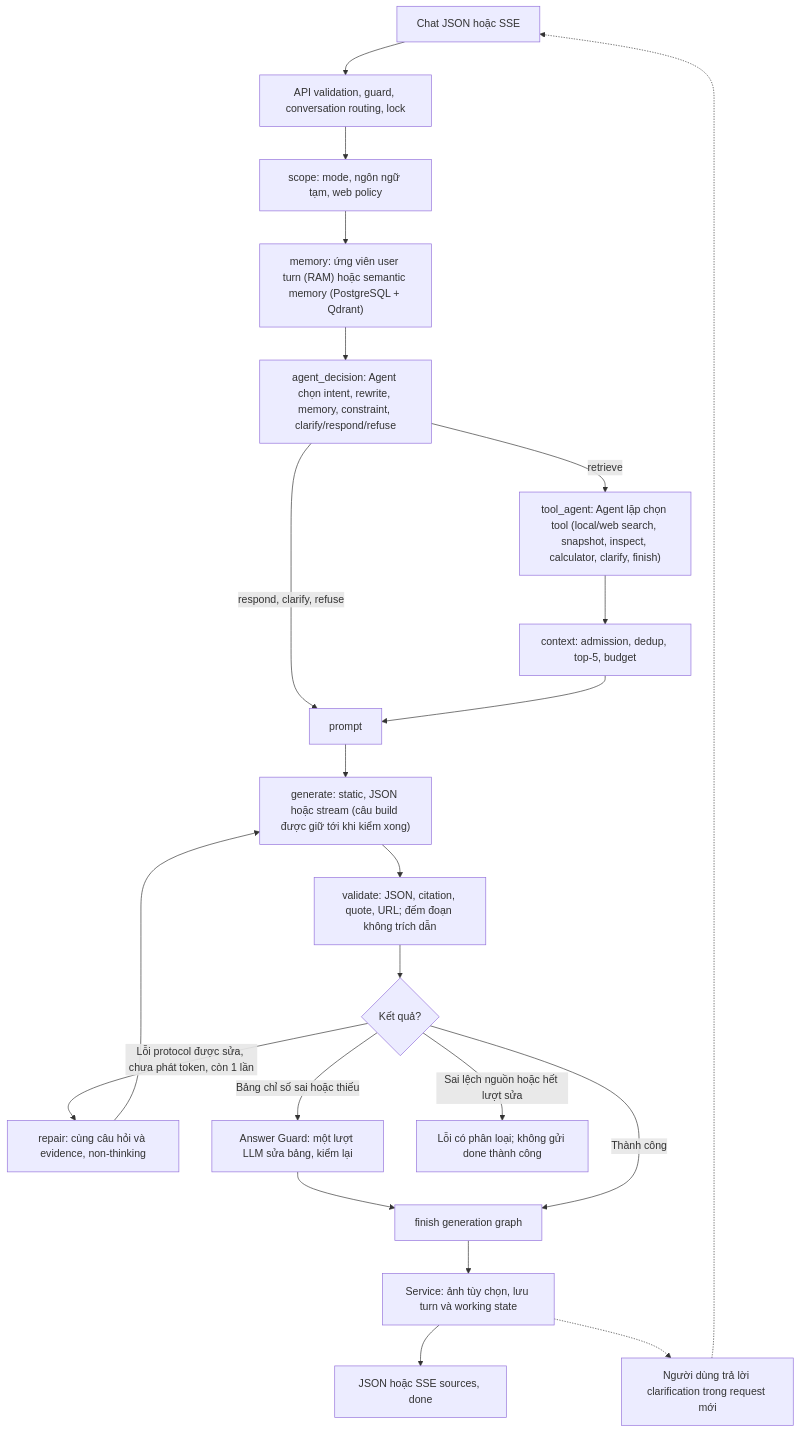
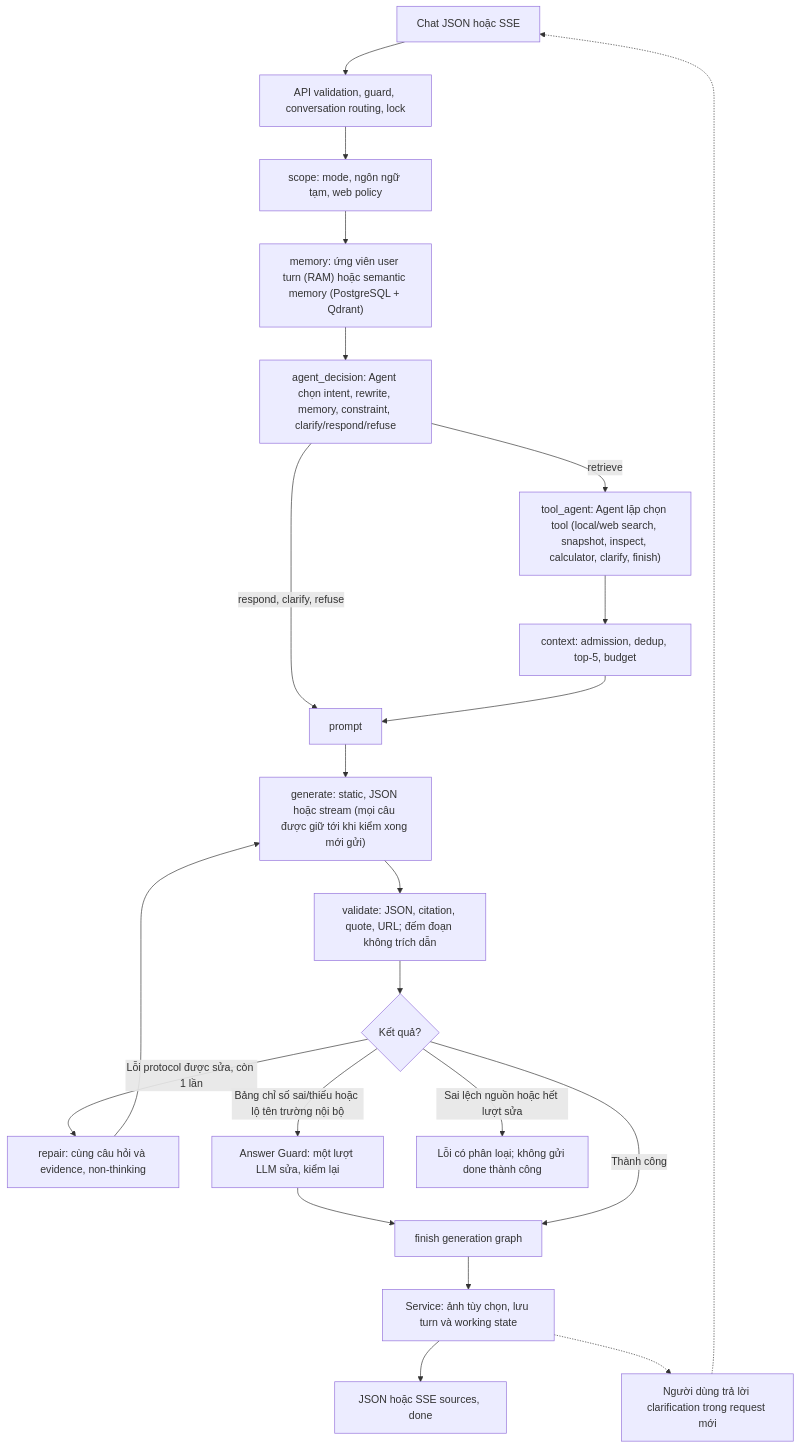
Before and after one commit to HoanBuCon/Index-Beast: the diagram in docs/api/langgraph-memory.md, drawn with Mermaid. The commit also changed other lines of this file and 20 other files, not shown here.

````diff
--- a/docs/api/langgraph-memory.md
+++ b/docs/api/langgraph-memory.md
@@ -23,24 +23,24 @@
 ```mermaid
 graph TD
     A["Chat JSON hoặc SSE"] --> B["API validation, guard, conversation routing, lock"]
     B --> S["scope: mode, ngôn ngữ tạm, web policy"]
     S --> M["memory: ứng viên user turn (RAM) hoặc semantic memory (PostgreSQL + Qdrant)"]
     M --> D["agent_decision: Agent chọn intent, rewrite, memory, constraint, clarify/respond/refuse"]
     D -->|"respond, clarify, refuse"| P["prompt"]
     D -->|"retrieve"| T["tool_agent: Agent lặp chọn tool (local/web search, snapshot, inspect, calculator, clarify, finish)"]
     T --> X["context: admission, dedup, top-5, budget"]
     X --> P
-    P --> E["generate: static, JSON hoặc stream (câu build được giữ tới khi kiểm xong)"]
+    P --> E["generate: static, JSON hoặc stream (mọi câu được giữ tới khi kiểm xong mới gửi)"]
     E --> V["validate: JSON, citation, quote, URL; đếm đoạn không trích dẫn"]
     V --> VQ{"Kết quả?"}
-    VQ -->|"Lỗi protocol được sửa, chưa phát token, còn 1 lần"| F["repair: cùng câu hỏi và evidence, non-thinking"]
+    VQ -->|"Lỗi protocol được sửa, còn 1 lần"| F["repair: cùng câu hỏi và evidence, non-thinking"]
     F --> E
-    VQ -->|"Bảng chỉ số sai hoặc thiếu"| G["Answer Guard: một lượt LLM sửa bảng, kiểm lại"]
+    VQ -->|"Bảng chỉ số sai/thiếu hoặc lộ tên trường nội bộ"| G["Answer Guard: một lượt LLM sửa, kiểm lại"]
     G --> Z["finish generation graph"]
     VQ -->|"Thành công"| Z
     VQ -->|"Sai lệch nguồn hoặc hết lượt sửa"| ER["Lỗi có phân loại; không gửi done thành công"]
     Z --> IM["Service: ảnh tùy chọn, lưu turn và working state"]
     IM --> OUT["JSON hoặc SSE sources, done"]
     IM -.-> NEXT["Người dùng trả lời clarification trong request mới"]
     NEXT -.-> A
 ```
````
